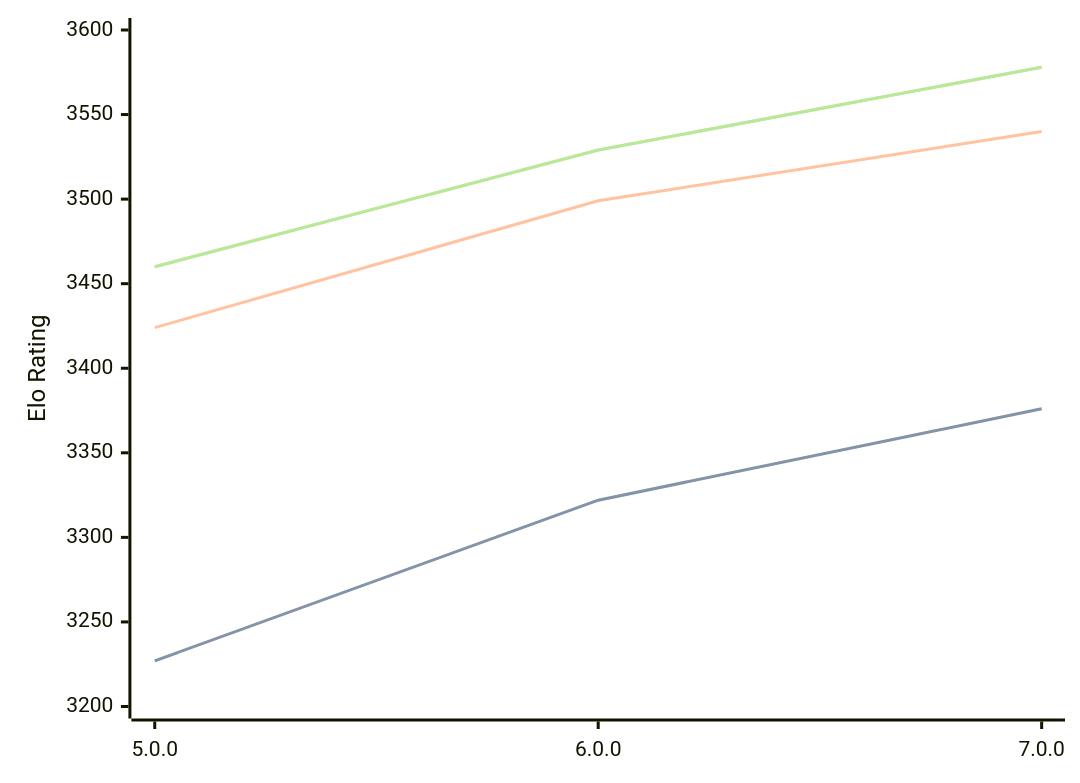
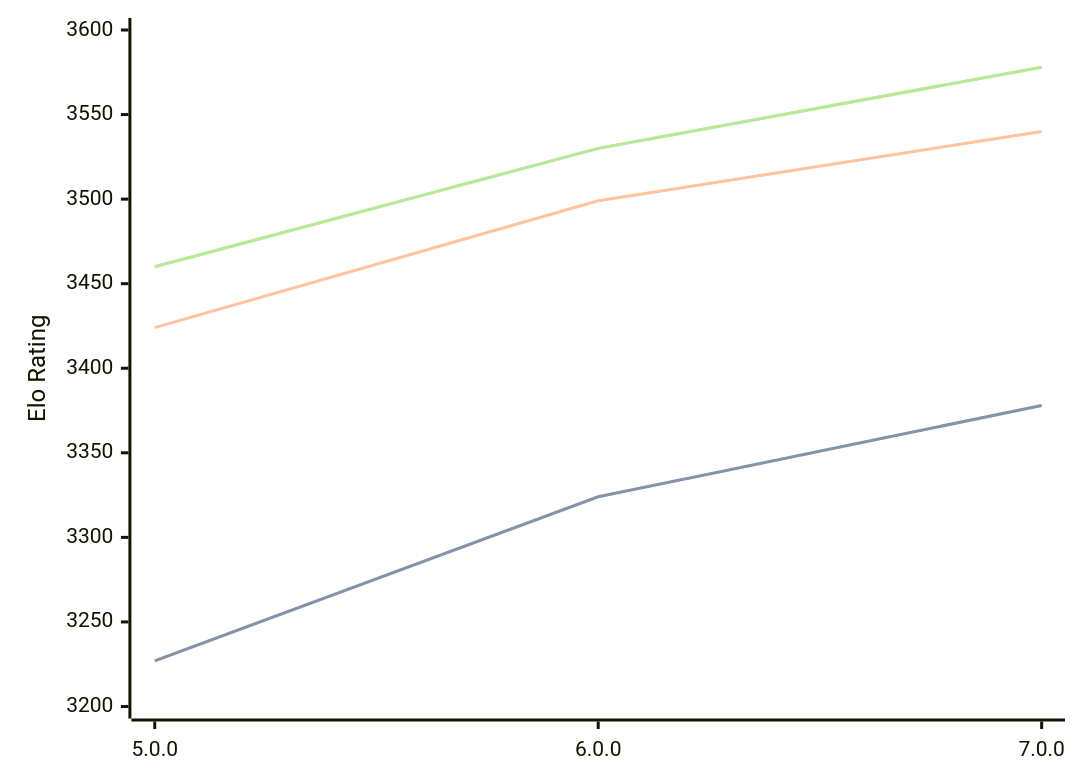
Before and after one commit to computer-chess-index/cci: the diagram in engines/Stormphrax.md, drawn with Mermaid. The commit also changed other lines of this file, not shown here.

Commit message:
Update CCI Ratings (ELO VLTC) - 2026-03-21

````diff
--- a/engines/Stormphrax.md
+++ b/engines/Stormphrax.md
@@ -38,11 +38,11 @@
 ```mermaid
 %%{init: {"theme":"base","themeVariables":{"seriesColors:['#a3a3a3','#222221','#faa371']}}}%%
 xychart-beta
   x-axis ["5.0.0", "6.0.0", "7.0.0"]
   y-axis "Elo Rating" 3200 --> 3600
-  line "STC (8.0+0.08s)" [3227, 3322, 3376]
-  line "STC (8.0+0.08s)" [3227, 3322, 3376]
+  line "STC (8.0+0.08s)" [3227, 3324, 3378]
+  line "STC (8.0+0.08s)" [3227, 3324, 3378]
   line "LTC (60.0+0.60s)" [3424, 3499, 3540]
-  line "VLTC (2m24s+1.12s)" [3460, 3529, 3578]
-  line "VLTC (2m24s+1.12s)" [3460, 3529, 3578]
+  line "VLTC (2m24s+1.12s)" [3460, 3530, 3578]
+  line "VLTC (2m24s+1.12s)" [3460, 3530, 3578]
 ```
````
